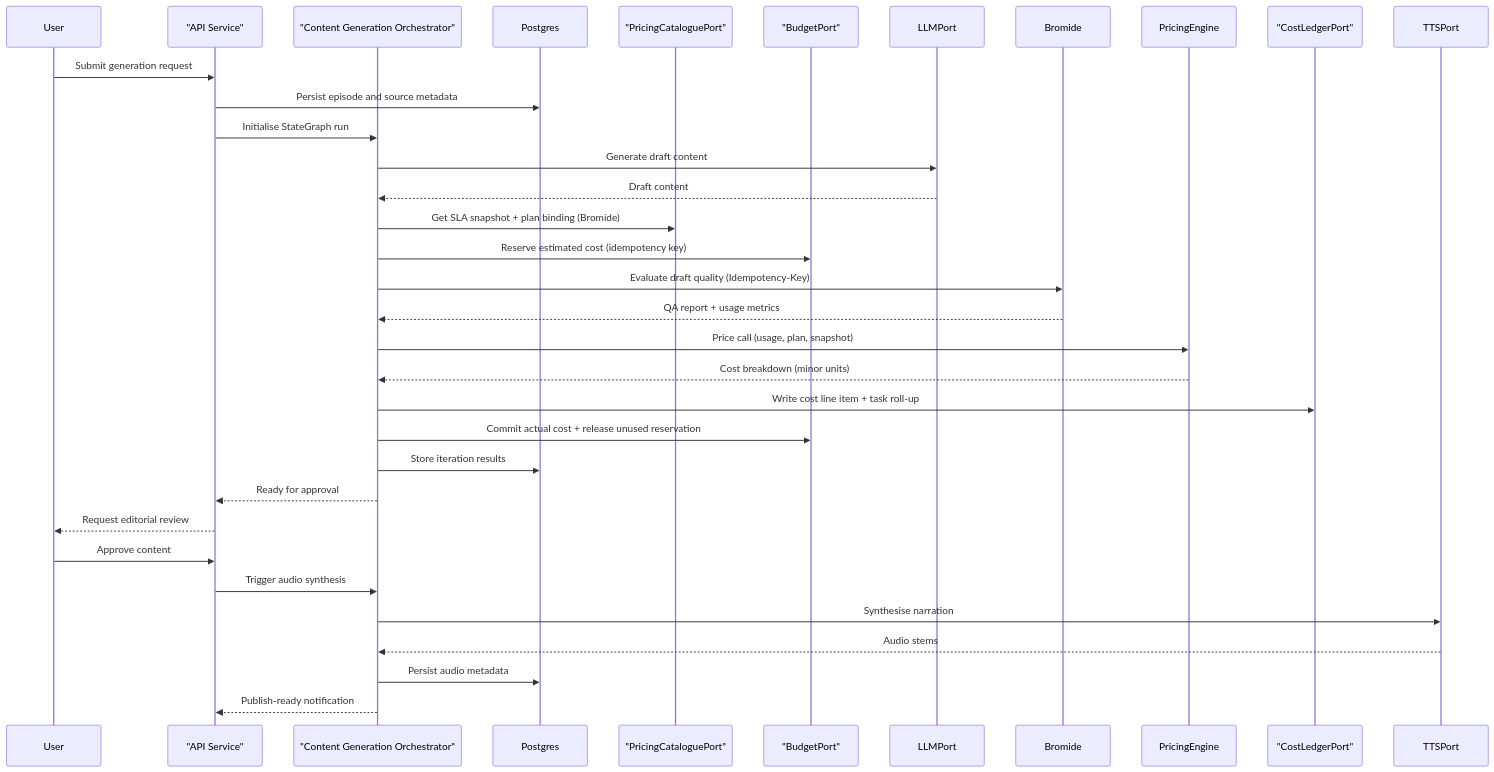
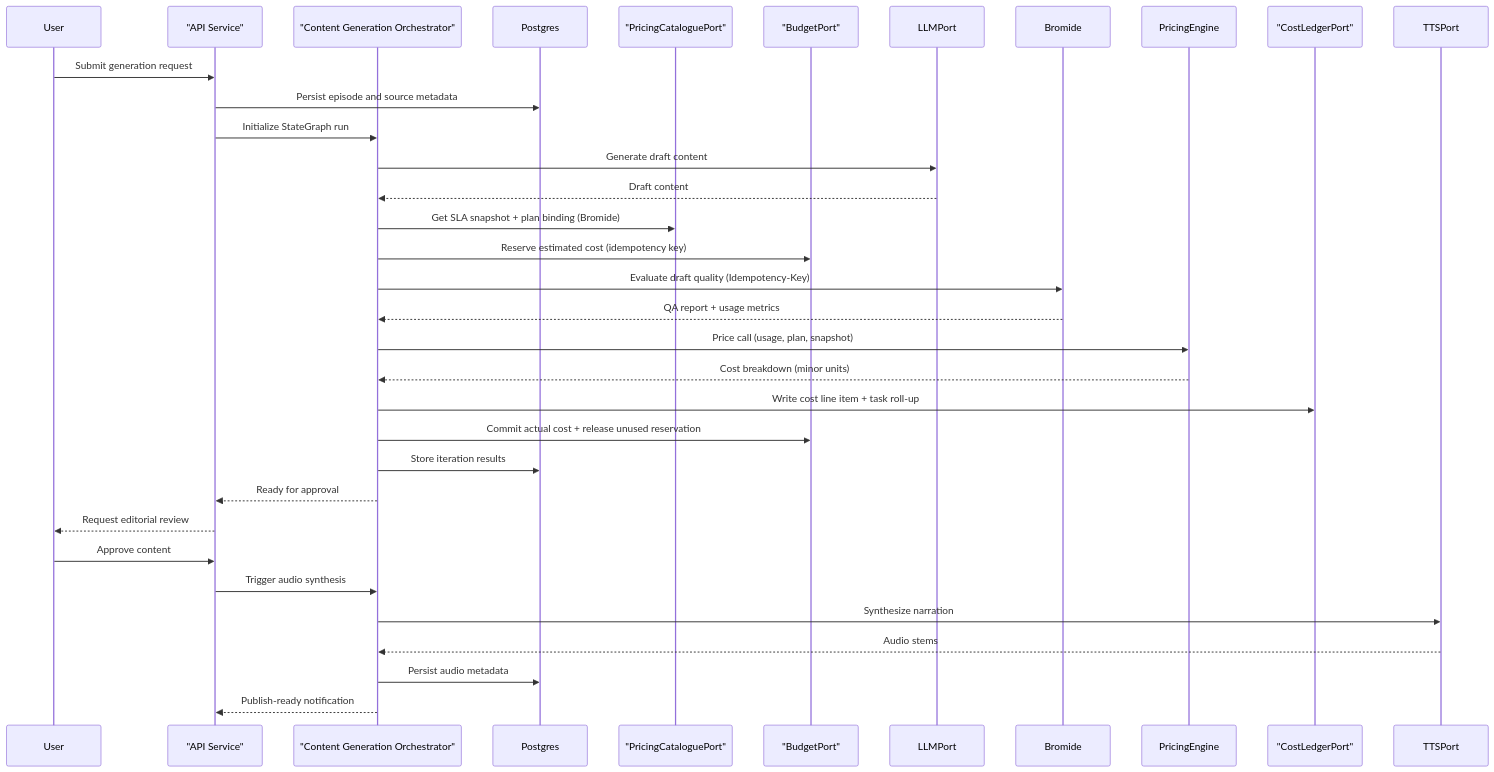
One commit to leynos/episodic changed the third of 10 diagrams in docs/episodic-podcast-generation-system-design.md. Above: the diagram before and after it, drawn with Mermaid. The commit also changed other lines of this file and 20 other files, not shown here.

````diff
--- a/docs/episodic-podcast-generation-system-design.md
+++ b/docs/episodic-podcast-generation-system-design.md
@@ -432,36 +432,36 @@
 ```mermaid
 sequenceDiagram
     participant User
     participant API as "API Service"
     participant Orchestrator as "Content Generation Orchestrator"
     participant Postgres
     participant PricingCatalogue as "PricingCataloguePort"
     participant Budget as "BudgetPort"
     participant LLMPort
     participant Bromide
     participant PricingEngine
     participant CostLedger as "CostLedgerPort"
     participant TTSPort
     User ->> API : Submit generation request
     API ->> Postgres : Persist episode and source metadata
-    API ->> Orchestrator : Initialise StateGraph run
+    API ->> Orchestrator : Initialize StateGraph run
     Orchestrator ->> LLMPort : Generate draft content
     LLMPort -->> Orchestrator : Draft content
     Orchestrator ->> PricingCatalogue : Get SLA snapshot + plan binding (Bromide)
     Orchestrator ->> Budget : Reserve estimated cost (idempotency key)
     Orchestrator ->> Bromide : Evaluate draft quality (Idempotency-Key)
     Bromide -->> Orchestrator : QA report + usage metrics
     Orchestrator ->> PricingEngine : Price call (usage, plan, snapshot)
     PricingEngine -->> Orchestrator : Cost breakdown (minor units)
     Orchestrator ->> CostLedger : Write cost line item + task roll-up
     Orchestrator ->> Budget : Commit actual cost + release unused reservation
     Orchestrator ->> Postgres : Store iteration results
     Orchestrator -->> API : Ready for approval
     API -->> User : Request editorial review
     User ->> API : Approve content
     API ->> Orchestrator : Trigger audio synthesis
-    Orchestrator ->> TTSPort : Synthesise narration
+    Orchestrator ->> TTSPort : Synthesize narration
     TTSPort -->> Orchestrator : Audio stems
     Orchestrator ->> Postgres : Persist audio metadata
     Orchestrator -->> API : Publish-ready notification
 ```
````
